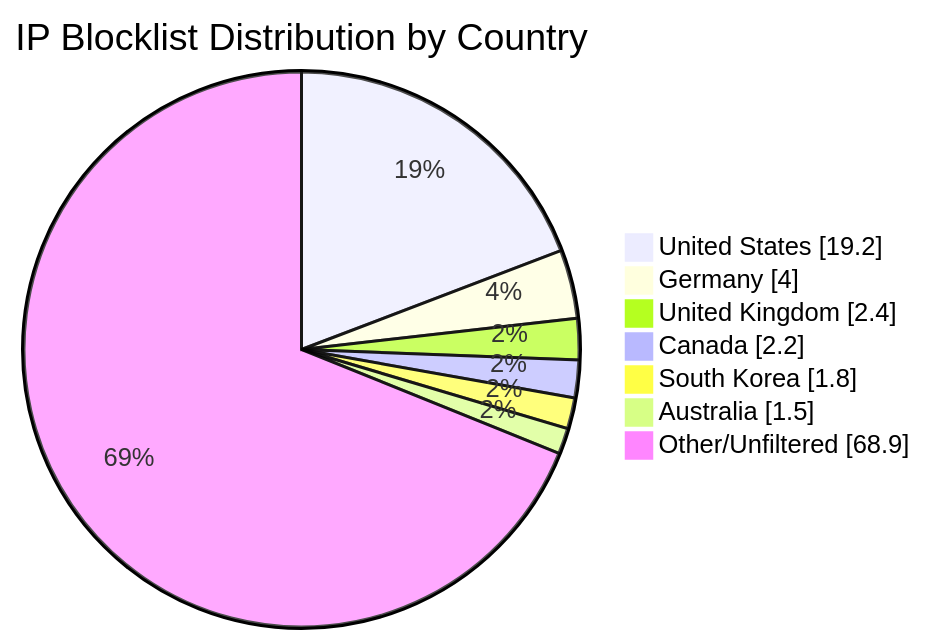
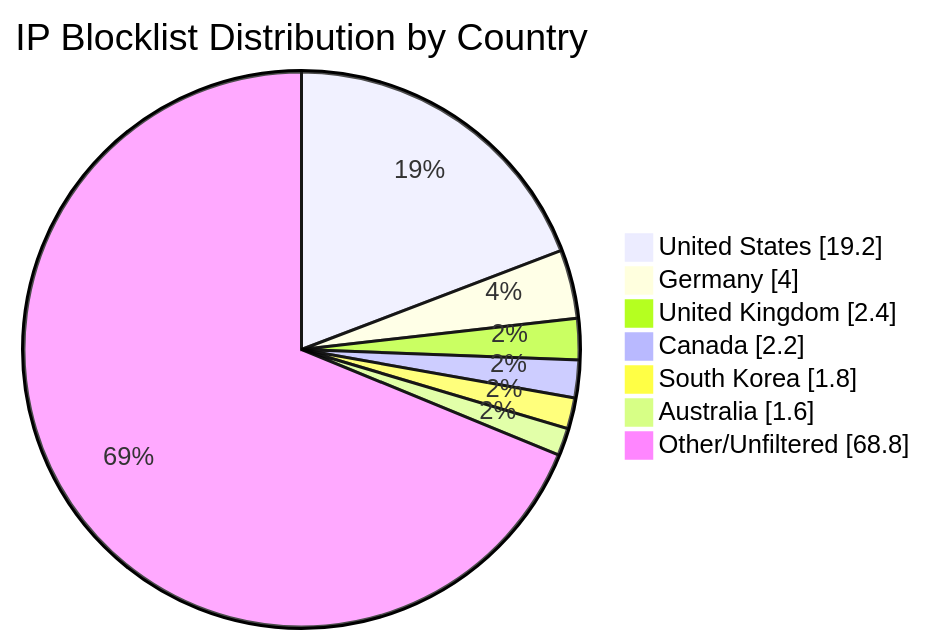
Before and after one commit to MarcusHoltz/ipblocklist-geofiltered-aggregator: the diagram in README.md, drawn with Mermaid. The commit also changed other lines of this file and 9 other files, not shown here.

````diff
--- a/README.md
+++ b/README.md
@@ -34,10 +34,10 @@
 ```mermaid
 pie showData title IP Blocklist Distribution by Country
 "United States" : 19.2
 "Germany" : 4.0
 "United Kingdom" : 2.4
 "Canada" : 2.2
 "South Korea" : 1.8
-"Australia" : 1.5
-"Other/Unfiltered" : 68.9
+"Australia" : 1.6
+"Other/Unfiltered" : 68.8
 ```
````
